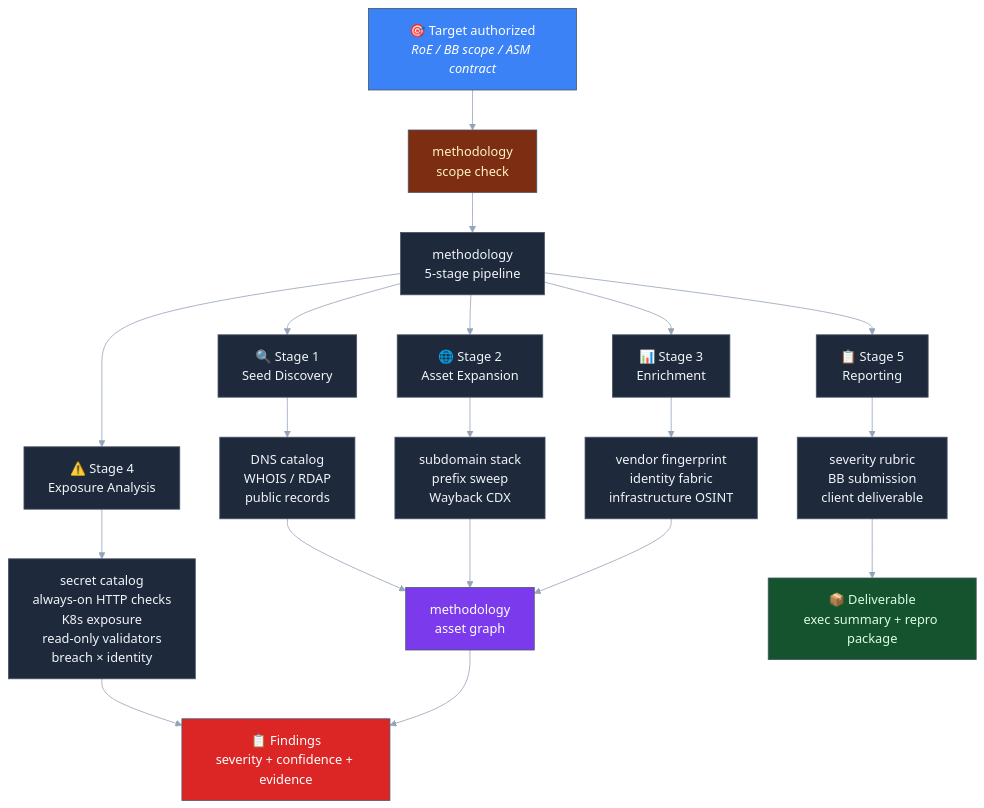
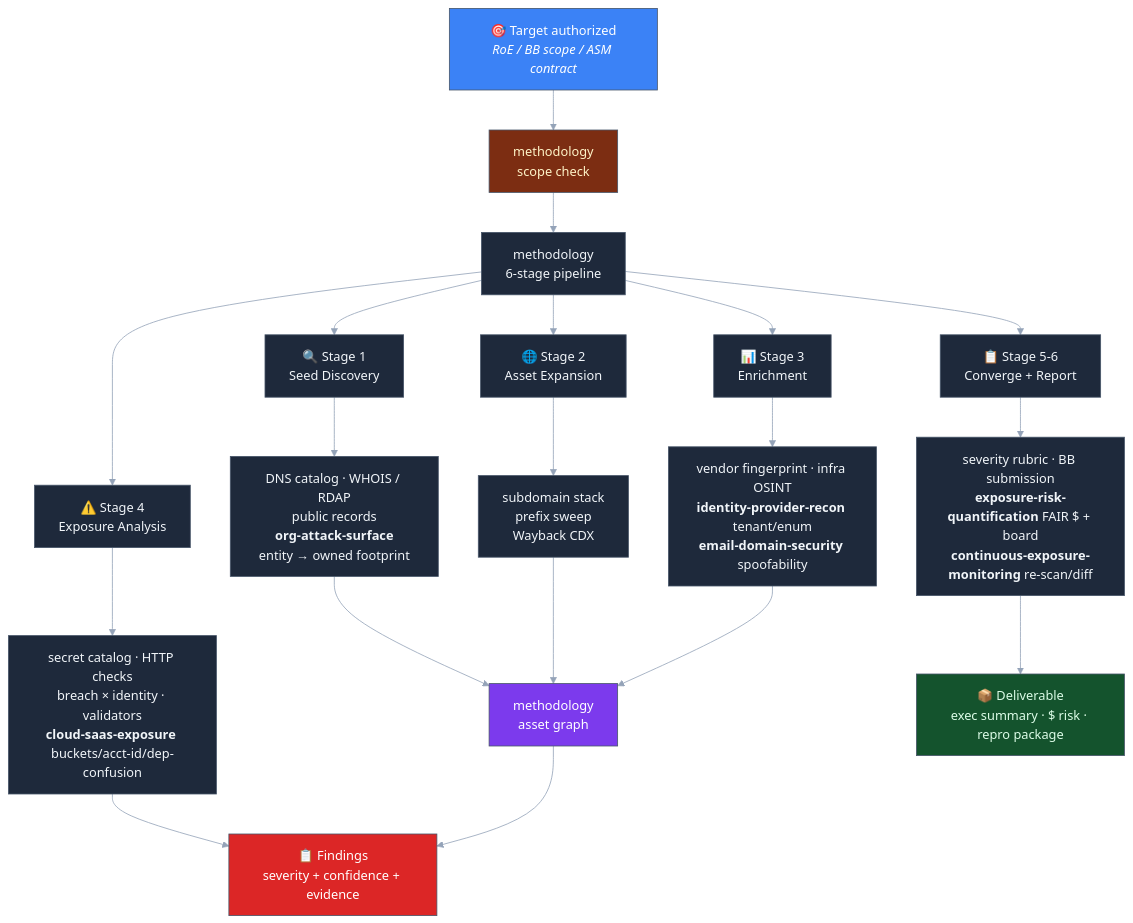
The second of 2 diagrams in README.md (elementalsouls/Claude-OSINT), drawn with Mermaid before and after one commit. The commit also changed other lines of this file, not shown here.

First line of the commit message:
docs(readme): document the six org-grade skills (2 → 8 skills)

````diff
--- a/README.md
+++ b/README.md
@@ -244,33 +292,33 @@
 ```mermaid
 %%{init: {'theme':'base', 'themeVariables': {'primaryColor':'#1e293b','primaryTextColor':'#f1f5f9','primaryBorderColor':'#475569','lineColor':'#94a3b8'}}}%%
 flowchart TD
     A["🎯 Target authorized<br/><i>RoE / BB scope / ASM contract</i>"] --> B[methodology<br/>scope check]
-    B --> C[methodology<br/>5-stage pipeline]
+    B --> C[methodology<br/>6-stage pipeline]
 
     C --> D1["🔍 Stage 1<br/>Seed Discovery"]
     C --> D2["🌐 Stage 2<br/>Asset Expansion"]
     C --> D3["📊 Stage 3<br/>Enrichment"]
     C --> D4["⚠️ Stage 4<br/>Exposure Analysis"]
-    C --> D5["📋 Stage 5<br/>Reporting"]
+    C --> D5["📋 Stage 5-6<br/>Converge + Report"]
 
-    D1 --> E1[DNS catalog<br/>WHOIS / RDAP<br/>public records]
+    D1 --> E1[DNS catalog · WHOIS / RDAP<br/>public records<br/><b>org-attack-surface</b><br/>entity → owned footprint]
     D2 --> E2[subdomain stack<br/>prefix sweep<br/>Wayback CDX]
-    D3 --> E3[vendor fingerprint<br/>identity fabric<br/>infrastructure OSINT]
-    D4 --> E4[secret catalog<br/>always-on HTTP checks<br/>K8s exposure<br/>read-only validators<br/>breach × identity]
-    D5 --> E5[severity rubric<br/>BB submission<br/>client deliverable]
+    D3 --> E3[vendor fingerprint · infra OSINT<br/><b>identity-provider-recon</b> tenant/enum<br/><b>email-domain-security</b> spoofability]
+    D4 --> E4[secret catalog · HTTP checks<br/>breach × identity · validators<br/><b>cloud-saas-exposure</b> buckets/acct-id/dep-confusion]
+    D5 --> E5[severity rubric · BB submission<br/><b>exposure-risk-quantification</b> FAIR $ + board<br/><b>continuous-exposure-monitoring</b> re-scan/diff]
 
     E1 --> F[methodology<br/>asset graph]
     E2 --> F
     E3 --> F
     E4 --> G["📋 Findings<br/>severity + confidence + evidence"]
-    E5 --> H["📦 Deliverable<br/>exec summary + repro package"]
+    E5 --> H["📦 Deliverable<br/>exec summary · $ risk · repro package"]
 
     F --> G
 
     style A fill:#3b82f6,color:#fff
     style B fill:#7c2d12,color:#fef3c7
     style C fill:#1e293b,color:#f1f5f9
     style F fill:#7c3aed,color:#fff
     style G fill:#dc2626,color:#fff
     style H fill:#14532d,color:#dcfce7
 ```
````
